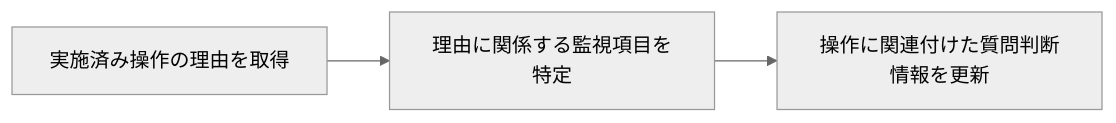
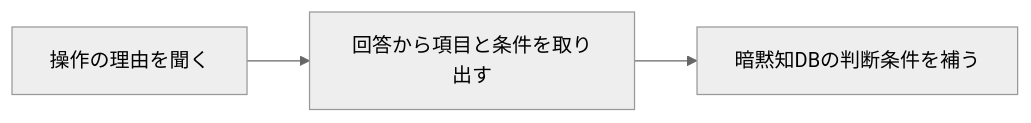
The first of 2 diagrams in research/patents/BRAINSTORM_CONTROL_RATIONALE.md (hk2b2frphz-rgb/sha), drawn with Mermaid (neutral theme) before and after one commit. The commit also changed other lines of this file and 3 other files, not shown here.

````diff
--- a/research/patents/BRAINSTORM_CONTROL_RATIONALE.md
+++ b/research/patents/BRAINSTORM_CONTROL_RATIONALE.md
@@ -31,5 +40,5 @@
 ```mermaid
 flowchart LR
-    A[実施済み操作の理由を取得] --> B[理由に関係する監視項目を特定]
-    B --> C[操作に関連付けた質問判断情報を更新]
+    A[操作の理由を聞く] --> B[回答から項目と条件を取り出す]
+    B --> C[暗黙知DBの判断条件を補う]
 ```
````
